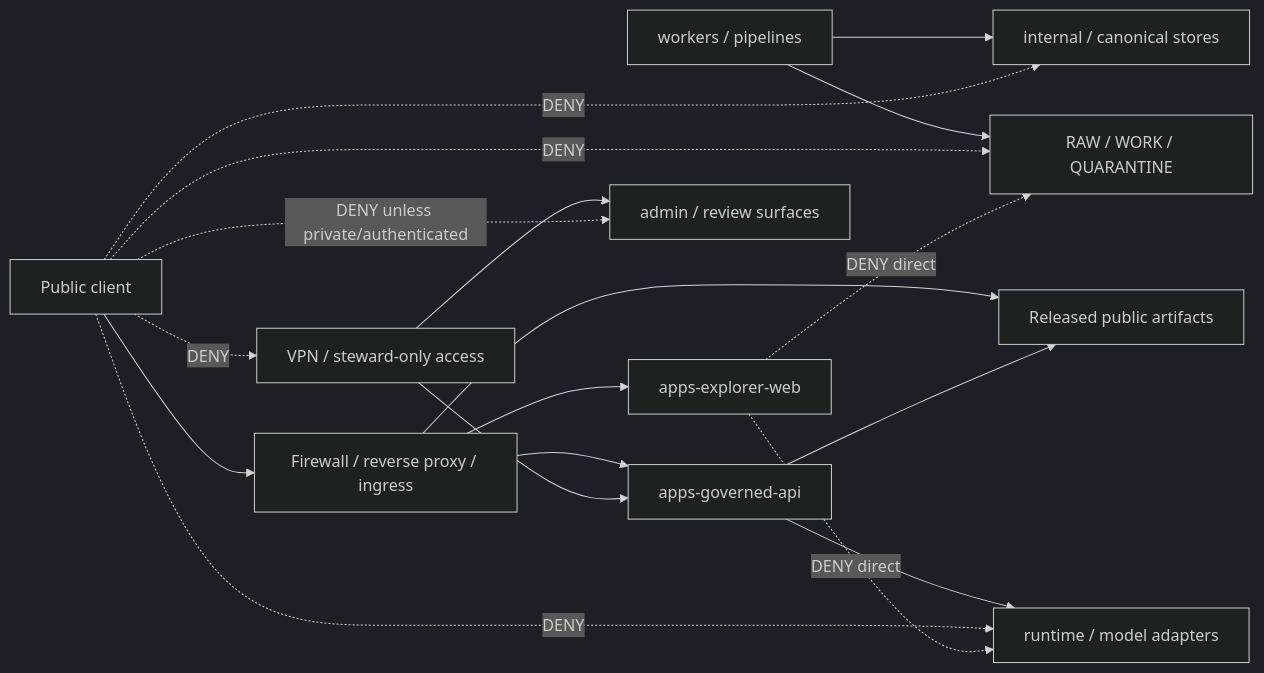
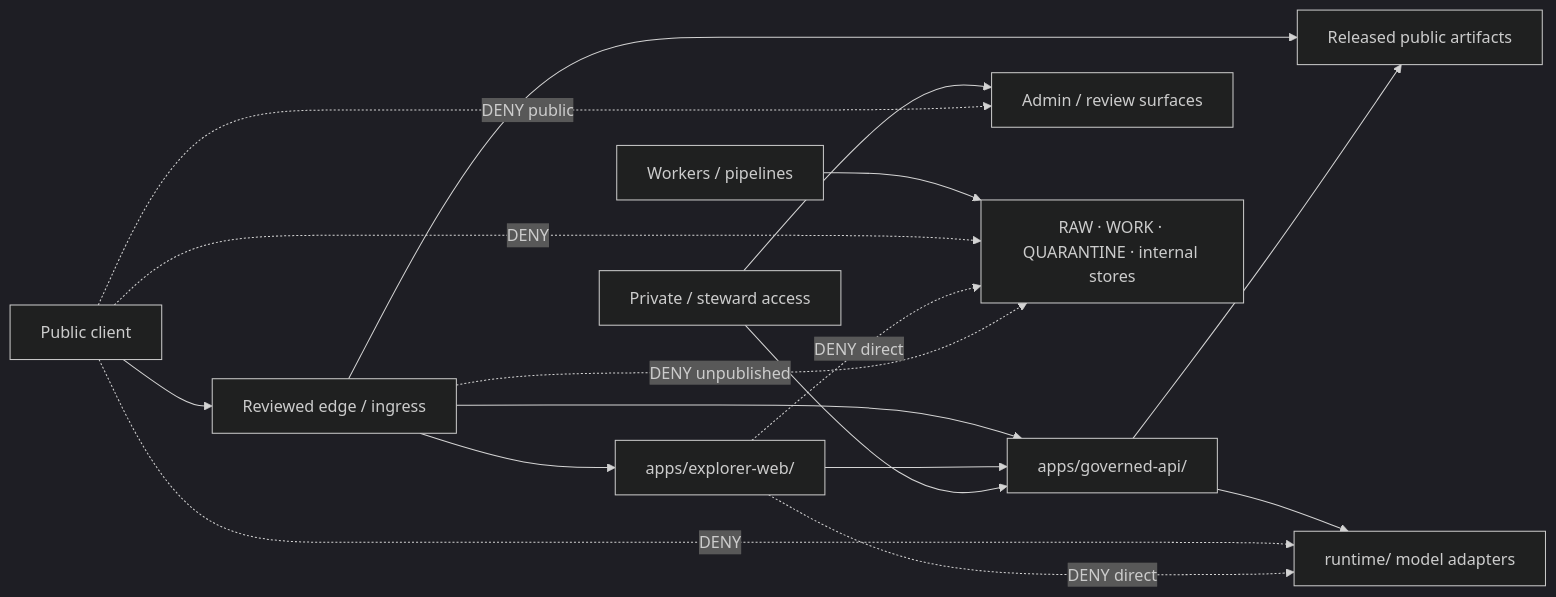
The diagram in infra/README.md (bartytime4life/Kansas-Frontier-Matrix), drawn with Mermaid (dark theme) before and after one commit. The commit also changed other lines of this file, not shown here.

````diff
--- a/infra/README.md
+++ b/infra/README.md
@@ -235,33 +551,31 @@
 ```mermaid
 flowchart LR
-    Public[Public client]
-    Edge[Firewall / reverse proxy / ingress]
-    Explorer[apps-explorer-web]
-    GovAPI[apps-governed-api]
-    Published[Released public artifacts]
-    Runtime[runtime / model adapters]
-    Workers[workers / pipelines]
-    Raw[RAW / WORK / QUARANTINE]
-    Internal[internal / canonical stores]
-    Admin[admin / review surfaces]
-    Private[VPN / steward-only access]
+    Public["Public client"]
+    Edge["Reviewed edge / ingress"]
+    Explorer["apps/explorer-web/"]
+    GovAPI["apps/governed-api/"]
+    Released["Released public artifacts"]
+    Private["Private / steward access"]
+    Review["Admin / review surfaces"]
+    Runtime["runtime/ model adapters"]
+    Workers["Workers / pipelines"]
+    NonPublic["RAW · WORK · QUARANTINE · internal stores"]
 
     Public --> Edge
     Edge --> Explorer
     Edge --> GovAPI
-    Edge --> Published
-    GovAPI --> Published
+    Edge --> Released
+    Explorer --> GovAPI
+    GovAPI --> Released
     GovAPI --> Runtime
-    Workers --> Raw
-    Workers --> Internal
-    Private --> Admin
+    Private --> Review
     Private --> GovAPI
+    Workers --> NonPublic
 
-    Public -. DENY .-> Runtime
-    Public -. DENY .-> Raw
-    Public -. DENY .-> Internal
-    Public -. DENY unless private/authenticated .-> Admin
-    Public -. DENY .-> Private
-    Explorer -. DENY direct .-> Runtime
-    Explorer -. DENY direct .-> Raw
+    Public -. "DENY" .-> Runtime
+    Public -. "DENY" .-> NonPublic
+    Public -. "DENY public" .-> Review
+    Explorer -. "DENY direct" .-> Runtime
+    Explorer -. "DENY direct" .-> NonPublic
+    Edge -. "DENY unpublished" .-> NonPublic
 ```
````
